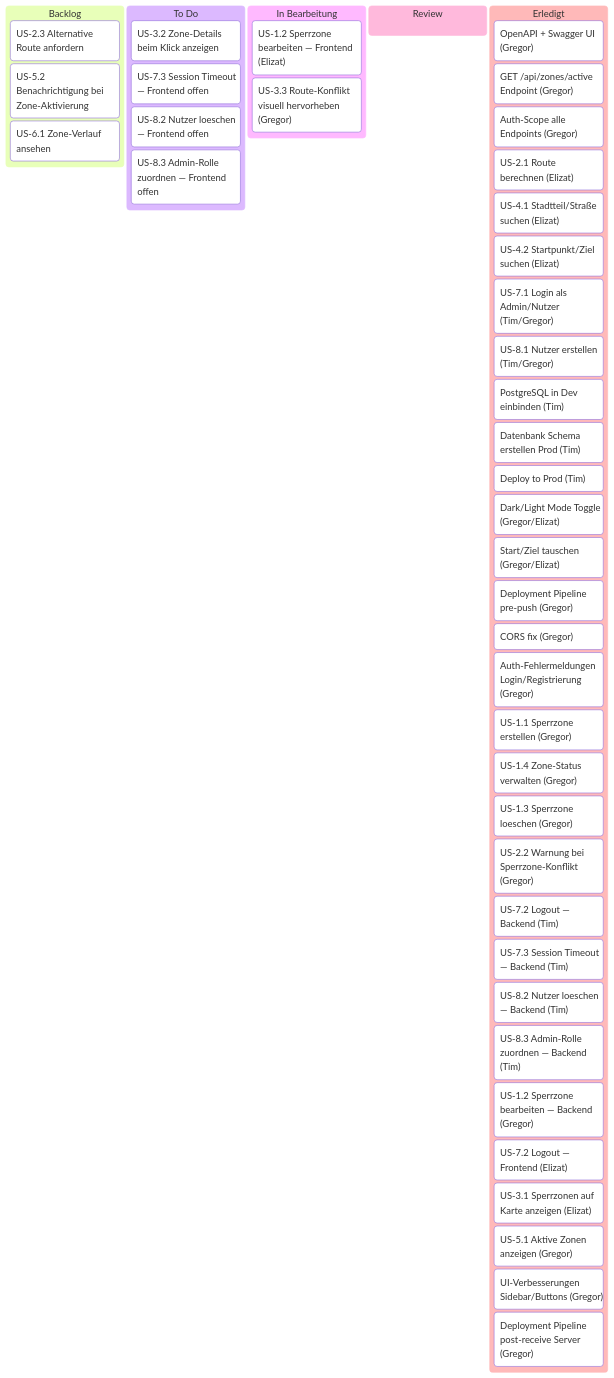
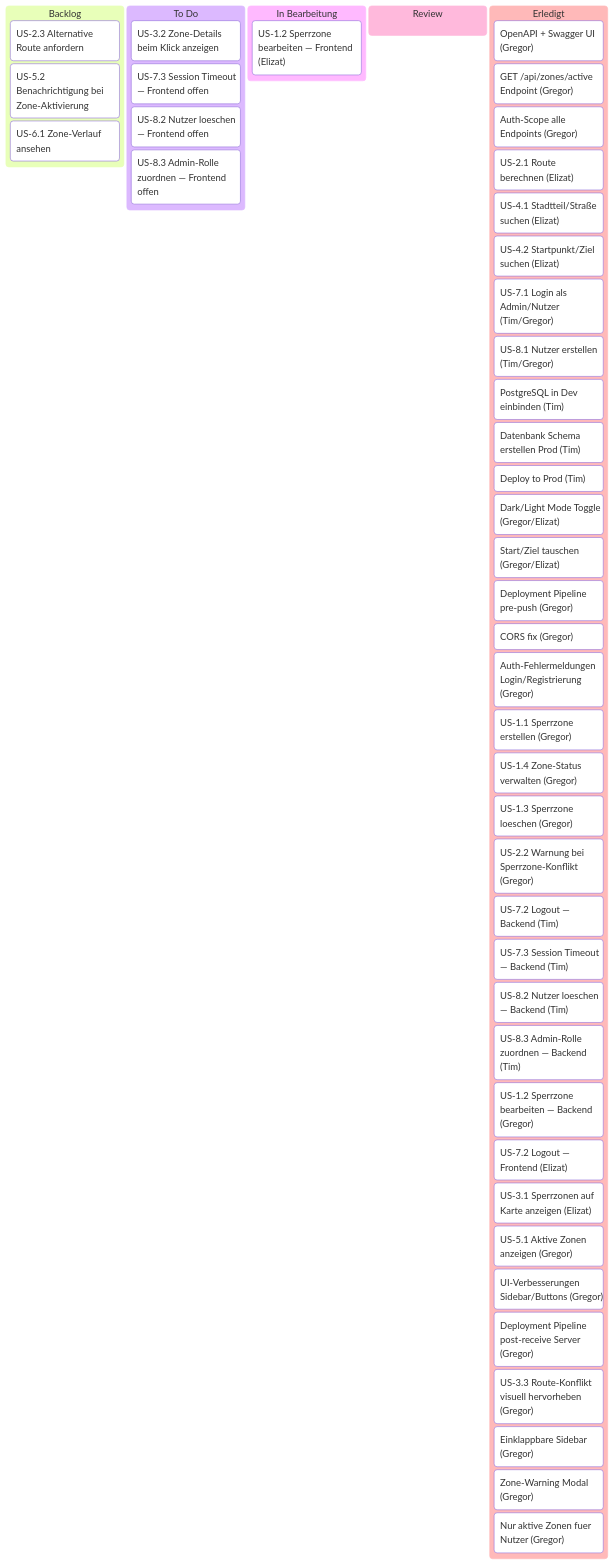
One commit to g8rdier/urban-flow-governance changed the diagram in docs/project/PLAN.md. Above: the diagram before and after it, drawn with Mermaid. The commit also changed other lines of this file, not shown here.

Commit message:
docs: update kanban with US-3.3, sidebar, zone warning, active zones

````diff
--- a/docs/project/PLAN.md
+++ b/docs/project/PLAN.md
@@ -15,56 +15,59 @@
 ```mermaid
 ---
 config:
   kanban:
     ticketBaseUrl: ''
 ---
 kanban
   Backlog
     b1[US-2.3 Alternative Route anfordern]
     b3[US-5.2 Benachrichtigung bei Zone-Aktivierung]
     b4[US-6.1 Zone-Verlauf ansehen]
 
   ToDo[To Do]
     t3[US-3.2 Zone-Details beim Klick anzeigen]
     t5["US-7.3 Session Timeout — Frontend offen"]
     t6["US-8.2 Nutzer loeschen — Frontend offen"]
     t7["US-8.3 Admin-Rolle zuordnen — Frontend offen"]
 
   InProgress[In Bearbeitung]
     i1["US-1.2 Sperrzone bearbeiten — Frontend (Elizat)"]
-    i2["US-3.3 Route-Konflikt visuell hervorheben (Gregor)"]
 
   Review
 
   Erledigt
     d1["OpenAPI + Swagger UI (Gregor)"]
     d2["GET /api/zones/active Endpoint (Gregor)"]
     d3["Auth-Scope alle Endpoints (Gregor)"]
     d4["US-2.1 Route berechnen (Elizat)"]
     d5["US-4.1 Stadtteil/Straße suchen (Elizat)"]
     d6["US-4.2 Startpunkt/Ziel suchen (Elizat)"]
     r4["US-7.1 Login als Admin/Nutzer (Tim/Gregor)"]
     r7["US-8.1 Nutzer erstellen (Tim/Gregor)"]
     p5["PostgreSQL in Dev einbinden (Tim)"]
     t7["Datenbank Schema erstellen Prod (Tim)"]
     t8["Deploy to Prod (Tim)"]
     d7["Dark/Light Mode Toggle (Gregor/Elizat)"]
     d8["Start/Ziel tauschen (Gregor/Elizat)"]
     d9["Deployment Pipeline pre-push (Gregor)"]
     d10["CORS fix (Gregor)"]
     d11["Auth-Fehlermeldungen Login/Registrierung (Gregor)"]
     p1["US-1.1 Sperrzone erstellen (Gregor)"]
     p2["US-1.4 Zone-Status verwalten (Gregor)"]
     r2["US-1.3 Sperrzone loeschen (Gregor)"]
     r3["US-2.2 Warnung bei Sperrzone-Konflikt (Gregor)"]
     e1["US-7.2 Logout — Backend (Tim)"]
     e2["US-7.3 Session Timeout — Backend (Tim)"]
     e3["US-8.2 Nutzer loeschen — Backend (Tim)"]
     e4["US-8.3 Admin-Rolle zuordnen — Backend (Tim)"]
     e5["US-1.2 Sperrzone bearbeiten — Backend (Gregor)"]
     e6["US-7.2 Logout — Frontend (Elizat)"]
     e7["US-3.1 Sperrzonen auf Karte anzeigen (Elizat)"]
     e8["US-5.1 Aktive Zonen anzeigen (Gregor)"]
     e9["UI-Verbesserungen Sidebar/Buttons (Gregor)"]
     e10["Deployment Pipeline post-receive Server (Gregor)"]
+    e11["US-3.3 Route-Konflikt visuell hervorheben (Gregor)"]
+    e12["Einklappbare Sidebar (Gregor)"]
+    e13["Zone-Warning Modal (Gregor)"]
+    e14["Nur aktive Zonen fuer Nutzer (Gregor)"]
 ```
````
